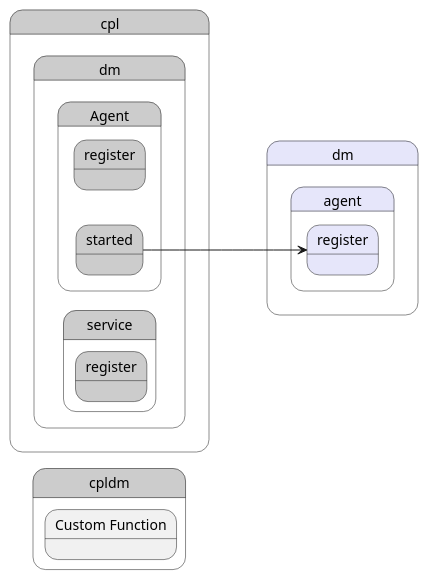
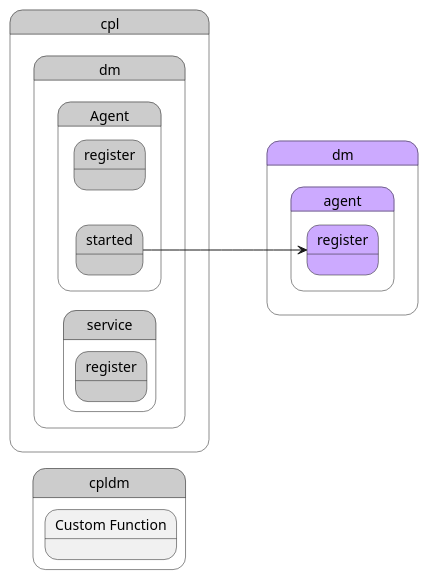
Before and after one commit to madajaju/edgemere: the diagram in docs/edgemere/cpl/dm/process.puml, drawn with PlantUML. The commit also changed 148 other files, not shown here.

```diff
--- a/docs/edgemere/cpl/dm/process.puml
+++ b/docs/edgemere/cpl/dm/process.puml
@@ -1,70 +1,70 @@
 @startuml
 left to right direction
 
 
 state "cpl" as cpl #cccccc {
 state "dm" as cpldm #cccccc {
 }
 }
 
 
 state "cpldm" as pstatename #cccccc {
     state "Custom Function" as dmfunction {
     }
 }
 
         state "cpl" as cpl #cccccc {
 state "dm" as cpldm #cccccc {
 state "agent" as cpldmagent #cccccc {
 state "register" as cpldmagentregister #cccccc {
 }
 }
 }
 }
 
 
         state "cpl" as cpl #cccccc {
 state "dm" as cpldm #cccccc {
 state "service" as cpldmservice #cccccc {
 state "register" as cpldmserviceregister #cccccc {
 }
 }
 }
 }
 
 
 
 
         state "cpl" as cpl #cccccc {
 state "dm" as cpldm #cccccc {
 state "Agent" as cpldmagent #cccccc {
 state "started" as cpldmagentstarted #cccccc {
 }
 }
 }
 }
 
         
-    state "dm" as dm #lavender {
-state "agent" as dmagent #lavender {
-state "register" as dmagentregister #lavender {
+    state "dm" as dm #ccaaff {
+state "agent" as dmagent #ccaaff {
+state "register" as dmagentregister #ccaaff {
 }
 }
 }
 
     cpldmagentstarted ---> dmagentregister
   
 
 
     
-    state "dm" as dm #lavender {
-state "agent" as dmagent #lavender {
-state "register" as dmagentregister #lavender {
+    state "dm" as dm #ccaaff {
+state "agent" as dmagent #ccaaff {
+state "register" as dmagentregister #ccaaff {
 }
 }
 }
 
         
        
 
 @enduml
```
